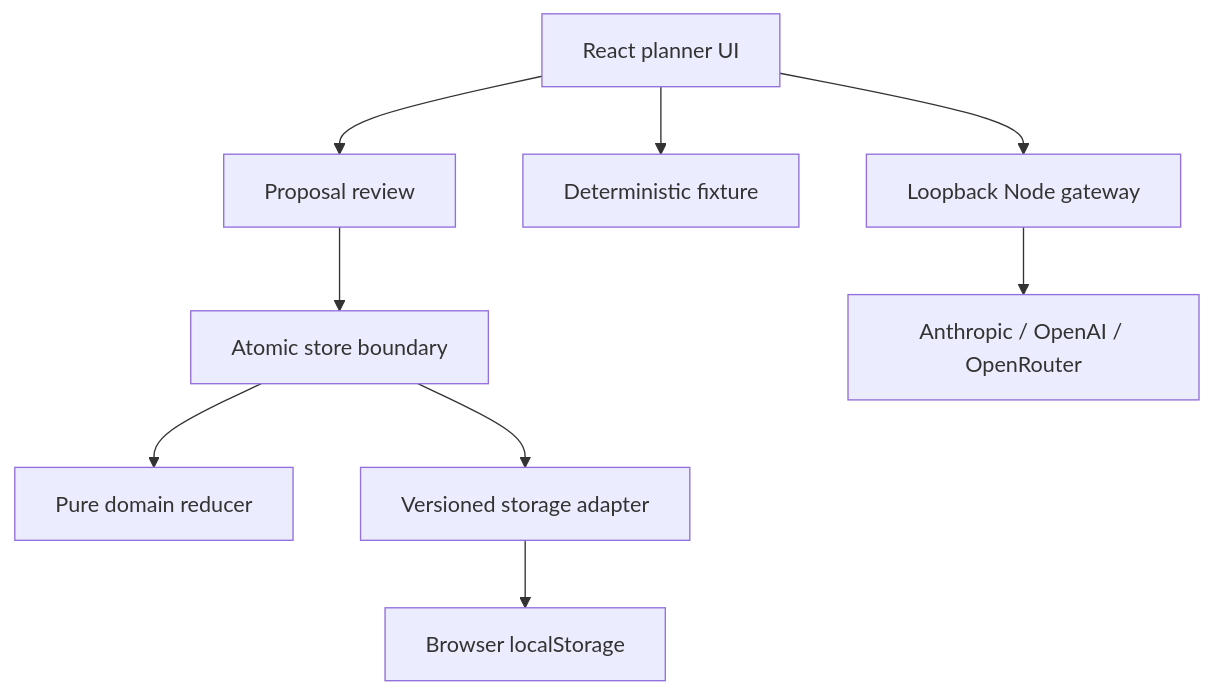
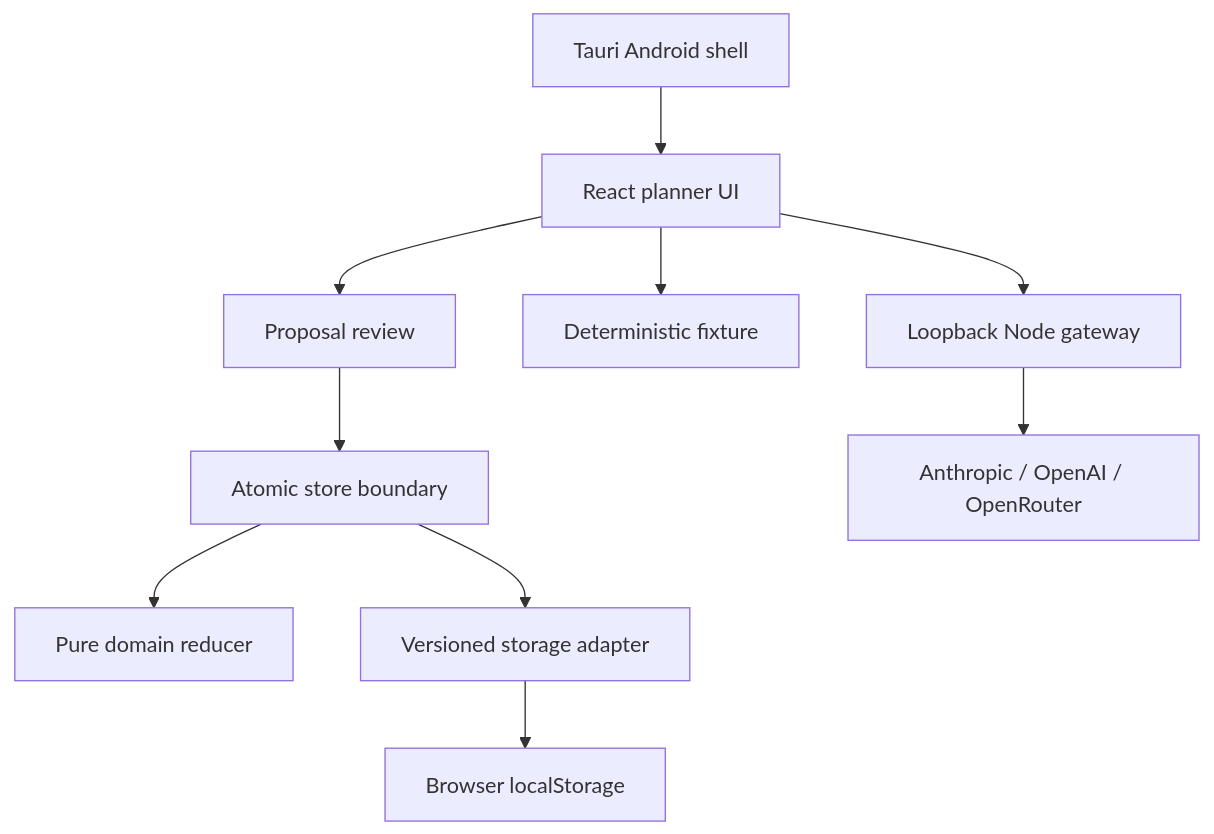
One commit to Andreasniss/7dayfocus-ai-delivery-lab changed the diagram in README.md. Above: the diagram before and after it, drawn with Mermaid. The commit also changed other lines of this file and 79 other files, not shown here.

````diff
--- a/README.md
+++ b/README.md
@@ -60,11 +87,12 @@
 ```mermaid
 flowchart TD
     UI["React planner UI"] --> Review["Proposal review"]
     Review --> Store["Atomic store boundary"]
     Store --> Reducer["Pure domain reducer"]
     Store --> Storage["Versioned storage adapter"]
     UI --> Fixture["Deterministic fixture"]
     UI --> Gateway["Loopback Node gateway"]
+    Android["Tauri Android shell"] --> UI
     Gateway --> Providers["Anthropic / OpenAI / OpenRouter"]
     Storage --> Local["Browser localStorage"]
 ```
````
